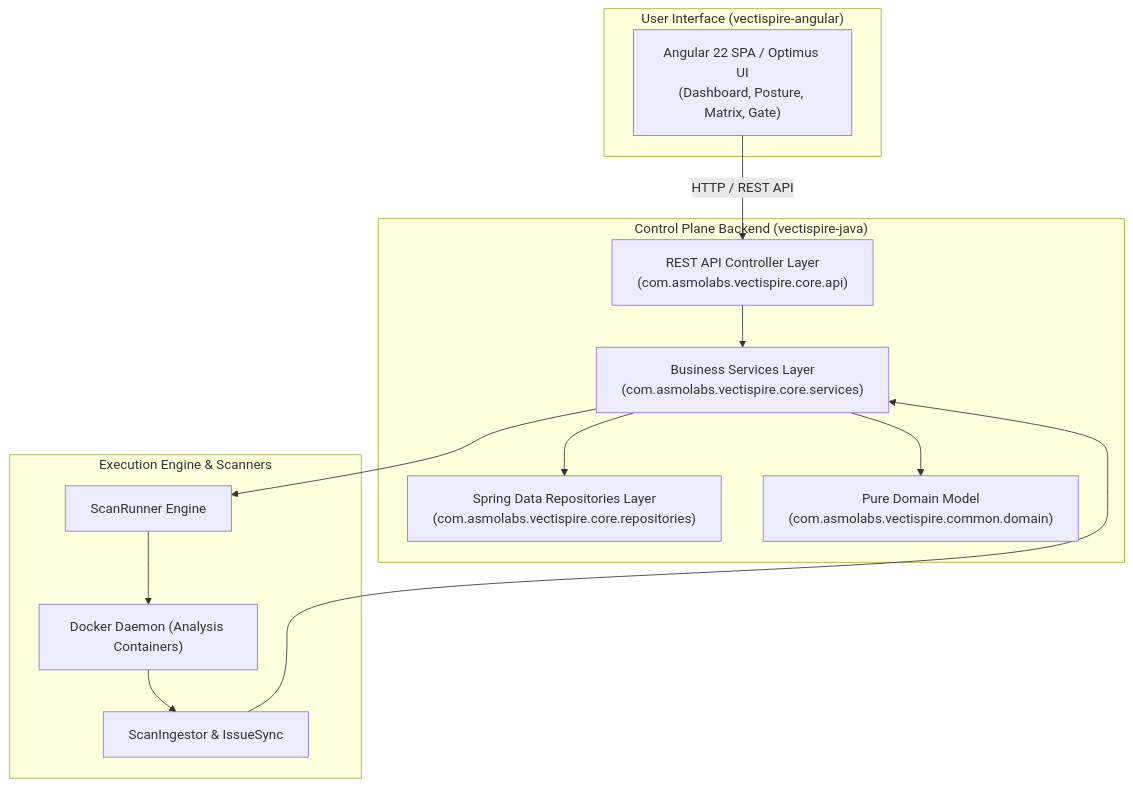
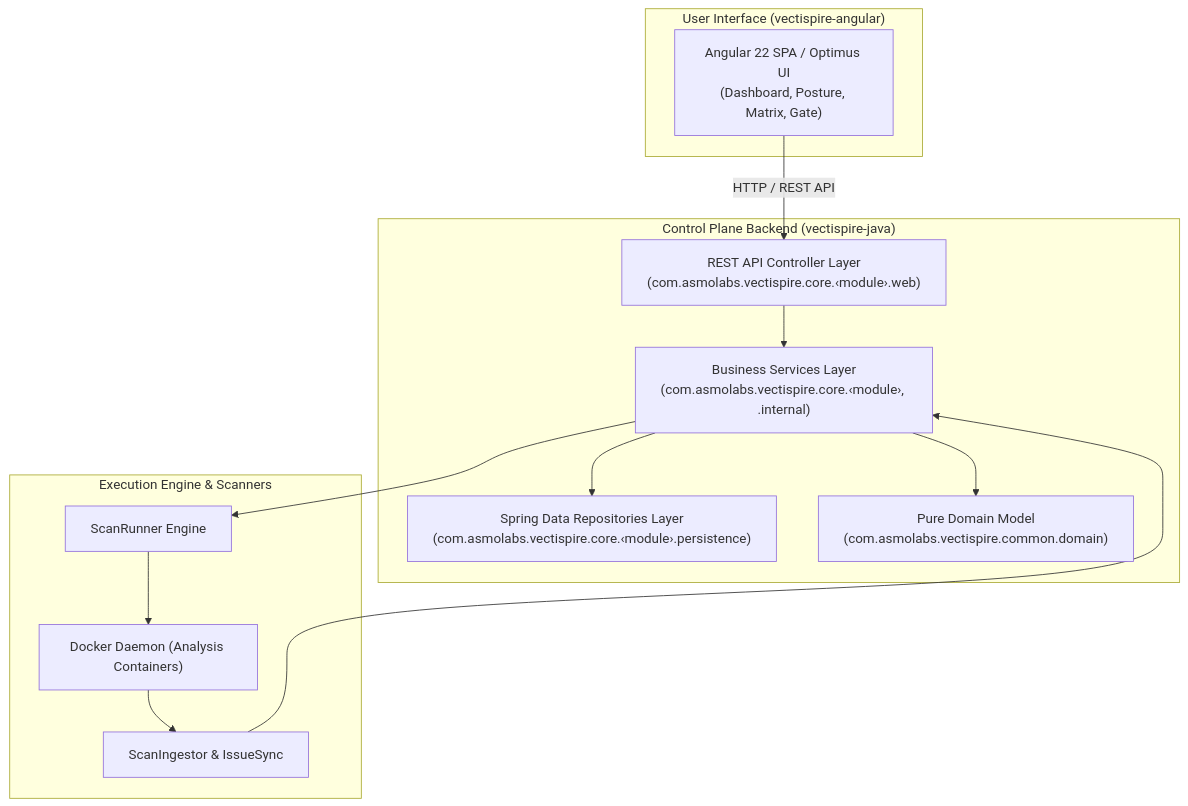
One commit to asmolabs/vectispire changed the diagram in docs/architecture/bflorat/en/01_application_view.md. Above: the diagram before and after it, drawn with Mermaid. The commit also changed 22 other files, not shown here.

First line of the commit message:
docs(architecture): decision 0029 and the modularity after step 5, in both languages

````diff
--- a/docs/architecture/bflorat/en/01_application_view.md
+++ b/docs/architecture/bflorat/en/01_application_view.md
@@ -38,28 +38,28 @@
 ```mermaid
 flowchart TB
     subgraph Frontend["User Interface (vectispire-angular)"]
         UI["Angular 22 SPA / Optimus UI<br/>(Dashboard, Posture, Matrix, Gate)"]
     end
 
     subgraph Backend["Control Plane Backend (vectispire-java)"]
-        API["REST API Controller Layer<br/>(com.asmolabs.vectispire.core.api)"]
-        Services["Business Services Layer<br/>(com.asmolabs.vectispire.core.services)"]
-        Repo["Spring Data Repositories Layer<br/>(com.asmolabs.vectispire.core.repositories)"]
+        API["REST API Controller Layer<br/>(com.asmolabs.vectispire.core.‹module›.web)"]
+        Services["Business Services Layer<br/>(com.asmolabs.vectispire.core.‹module›, .internal)"]
+        Repo["Spring Data Repositories Layer<br/>(com.asmolabs.vectispire.core.‹module›.persistence)"]
         Domain["Pure Domain Model<br/>(com.asmolabs.vectispire.common.domain)"]
     end
 
     subgraph Execution["Execution Engine & Scanners"]
         ScanRunner["ScanRunner Engine"]
         Ingestor["ScanIngestor & IssueSync"]
         DockerDaemon["Docker Daemon (Analysis Containers)"]
     end
 
     UI -->|"HTTP / REST API"| API
     API --> Services
     Services --> Repo
     Services --> Domain
     Services --> ScanRunner
     ScanRunner --> DockerDaemon
     DockerDaemon --> Ingestor
     Ingestor --> Services
 ```
````
